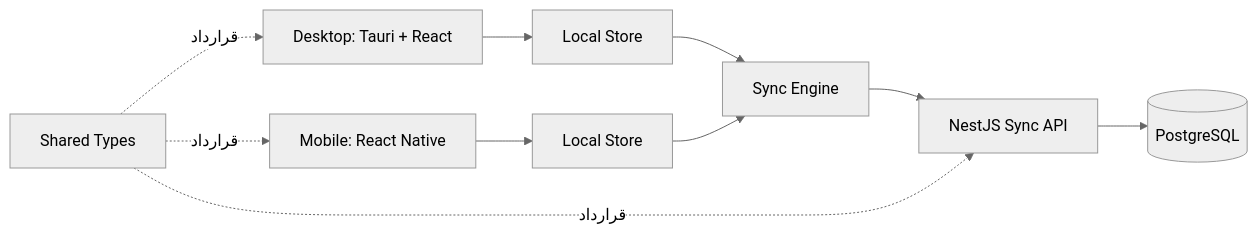
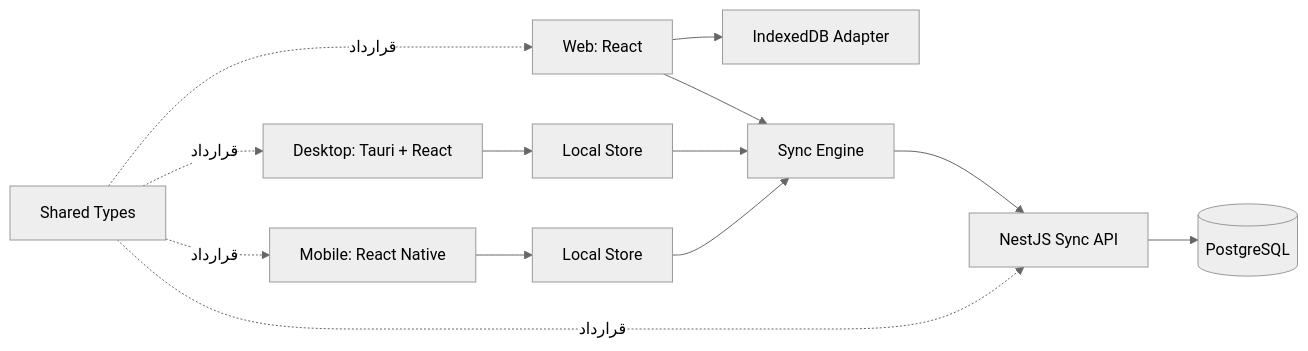
Before and after one commit to seyedan0/Orbit: the diagram in docs/architecture.md, drawn with Mermaid (neutral theme). The commit also changed other lines of this file and 7 other files, not shown here.

````diff
--- a/docs/architecture.md
+++ b/docs/architecture.md
@@ -13,12 +13,15 @@
 ```mermaid
 flowchart LR
+    Web[Web: React] --> LocalW[IndexedDB Adapter]
     Desktop[Desktop: Tauri + React] --> LocalD[Local Store]
     Mobile[Mobile: React Native] --> LocalM[Local Store]
+    Web --> Engine[Sync Engine]
     LocalD --> Engine[Sync Engine]
     LocalM --> Engine
     Engine --> API[NestJS Sync API]
     API --> DB[(PostgreSQL)]
     Shared[Shared Types] -. قرارداد .-> Desktop
+    Shared -. قرارداد .-> Web
     Shared -. قرارداد .-> Mobile
     Shared -. قرارداد .-> API
 ```
````
